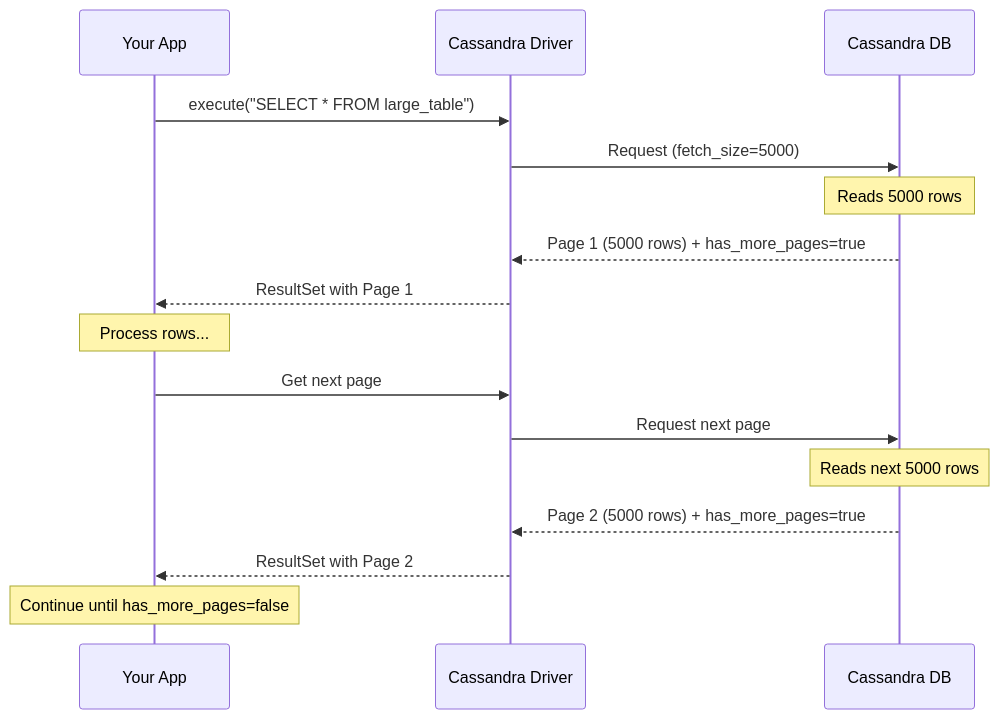
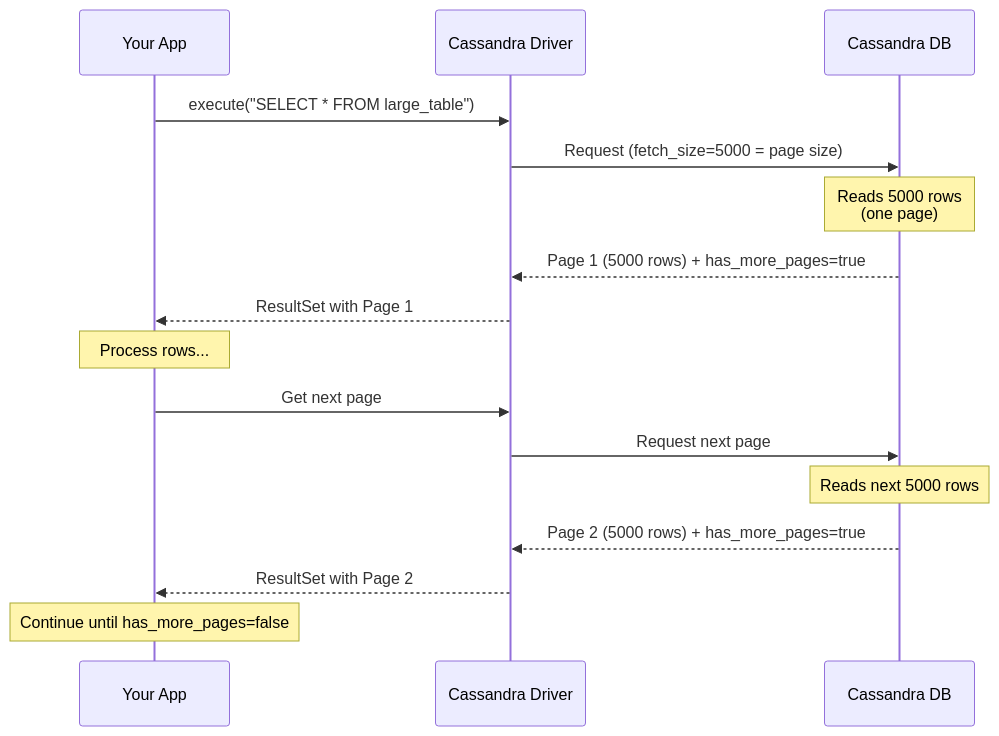
One commit to axonops/async-python-cassandra changed the first of 6 diagrams in docs/streaming.md. Above: the diagram before and after it, drawn with Mermaid. The commit also changed other lines of this file, not shown here.

````diff
--- a/docs/streaming.md
+++ b/docs/streaming.md
@@ -23,22 +23,22 @@
 ```mermaid
 sequenceDiagram
     participant App as Your App
     participant Driver as Cassandra Driver
     participant Cassandra as Cassandra DB
     
     App->>Driver: execute("SELECT * FROM large_table")
-    Driver->>Cassandra: Request (fetch_size=5000)
-    Note over Cassandra: Reads 5000 rows
+    Driver->>Cassandra: Request (fetch_size=5000 = page size)
+    Note over Cassandra: Reads 5000 rows<br/>(one page)
     Cassandra-->>Driver: Page 1 (5000 rows) + has_more_pages=true
     Driver-->>App: ResultSet with Page 1
     
     Note over App: Process rows...
     
     App->>Driver: Get next page
     Driver->>Cassandra: Request next page
     Note over Cassandra: Reads next 5000 rows
     Cassandra-->>Driver: Page 2 (5000 rows) + has_more_pages=true
     Driver-->>App: ResultSet with Page 2
     
     Note over App: Continue until has_more_pages=false
 ```
````
